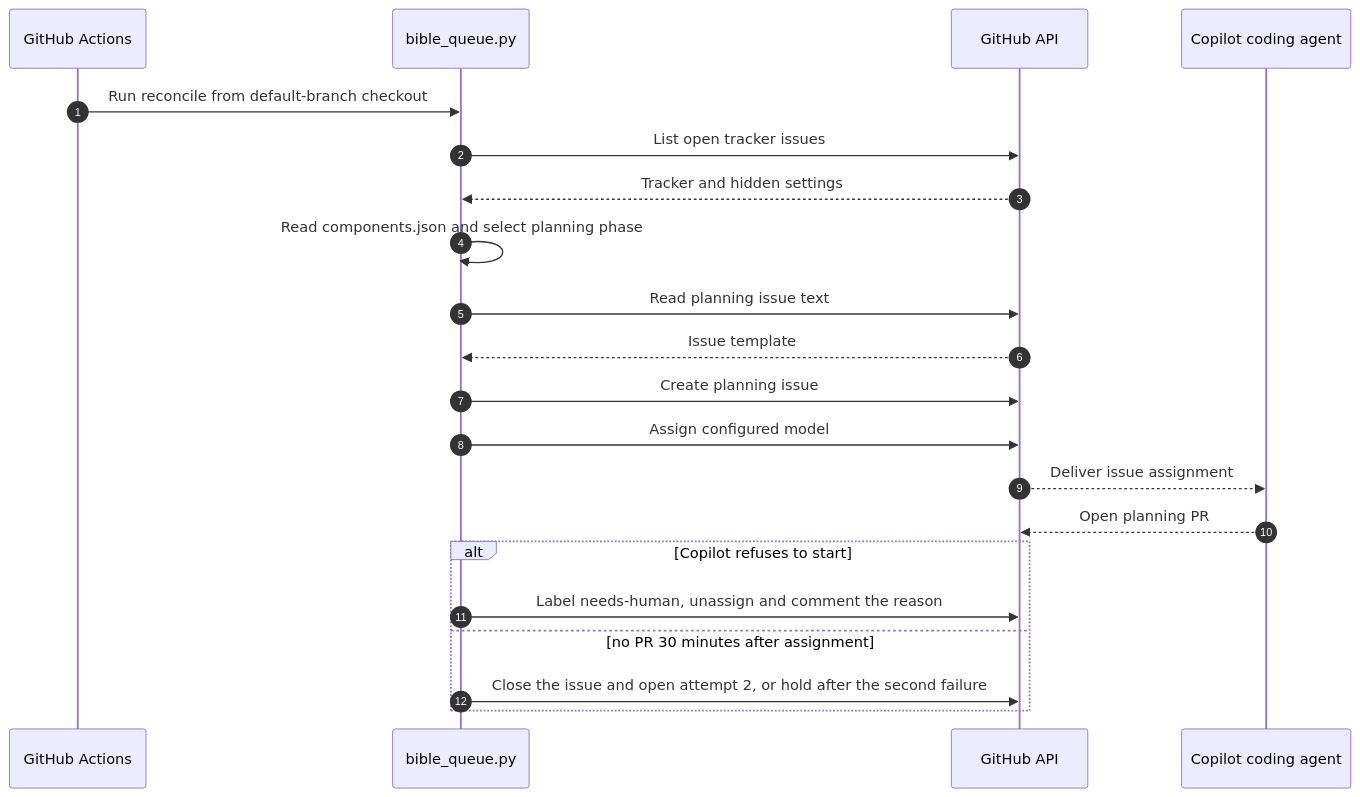
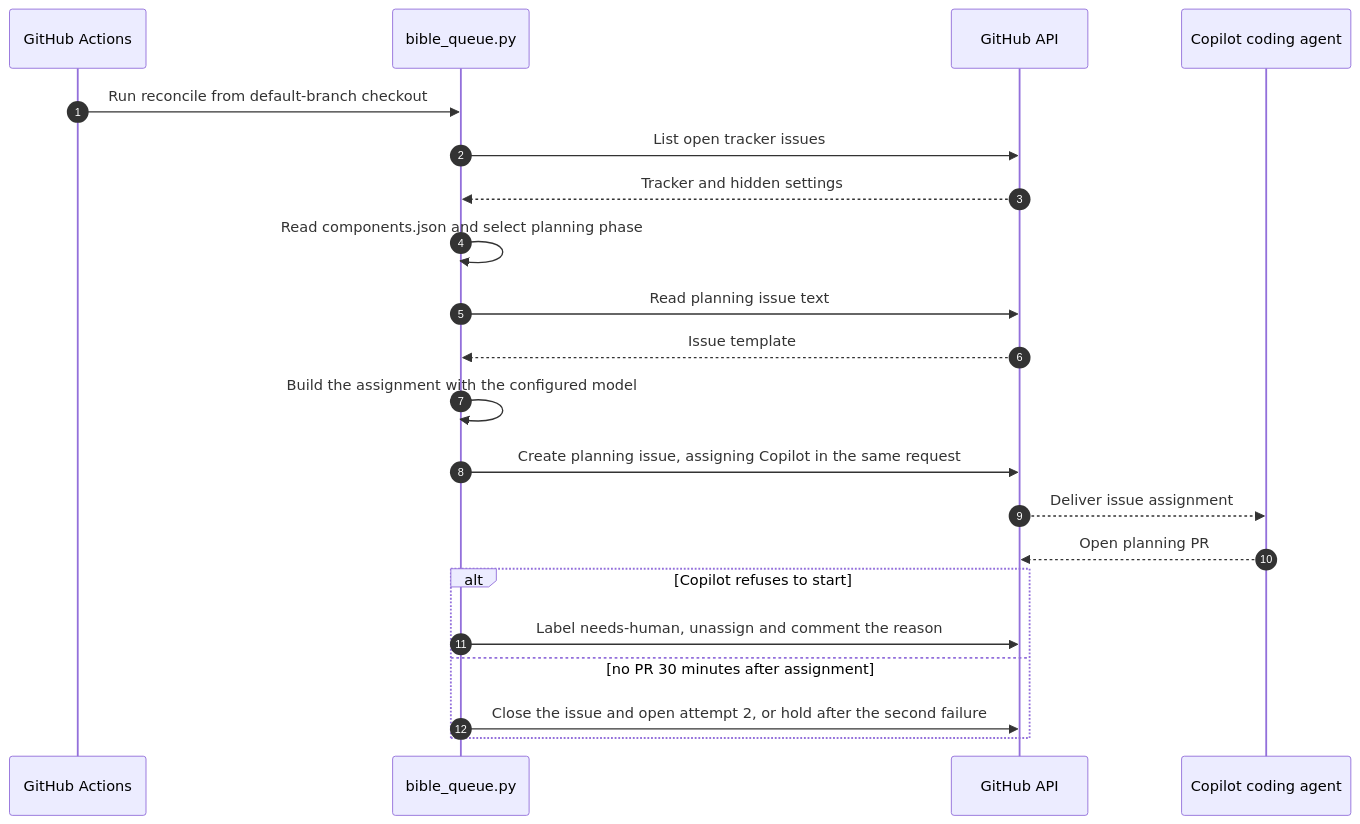
One commit to vishalc412/bible-mode-b-test changed the second of 10 diagrams in codebase-analysis/hld/05-key-flows.md. Above: the diagram before and after it, drawn with Mermaid. The commit also changed other lines of this file and 32 other files, not shown here.

````diff
--- a/codebase-analysis/hld/05-key-flows.md
+++ b/codebase-analysis/hld/05-key-flows.md
@@ -73,23 +77,23 @@
 ```mermaid
 sequenceDiagram
   autonumber
   participant Actions as GitHub Actions
   participant Queue as bible_queue.py
   participant API as GitHub API
   participant Agent as Copilot coding agent
   Actions->>Queue: Run reconcile from default-branch checkout
   Queue->>API: List open tracker issues
   API-->>Queue: Tracker and hidden settings
   Queue->>Queue: Read components.json and select planning phase
   Queue->>API: Read planning issue text
   API-->>Queue: Issue template
-  Queue->>API: Create planning issue
-  Queue->>API: Assign configured model
+  Queue->>Queue: Build the assignment with the configured model
+  Queue->>API: Create planning issue, assigning Copilot in the same request
   API-->>Agent: Deliver issue assignment
   Agent-->>API: Open planning PR
   alt Copilot refuses to start
     Queue->>API: Label needs-human, unassign and comment the reason
   else no PR 30 minutes after assignment
     Queue->>API: Close the issue and open attempt 2, or hold after the second failure
   end
 ```
````
